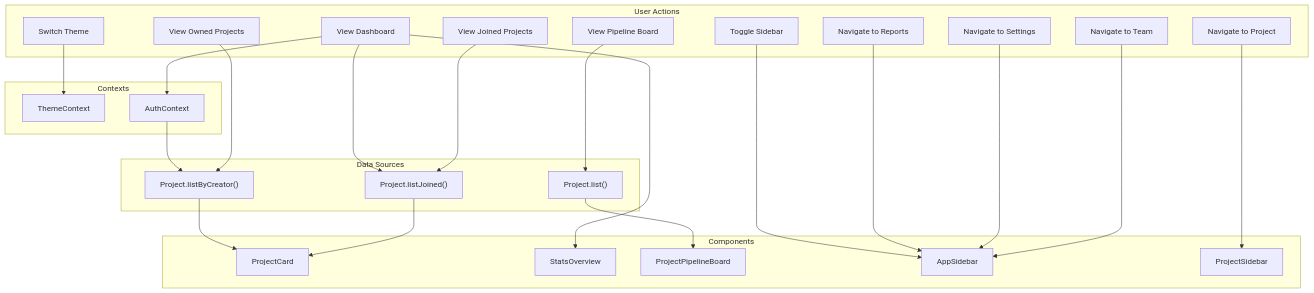
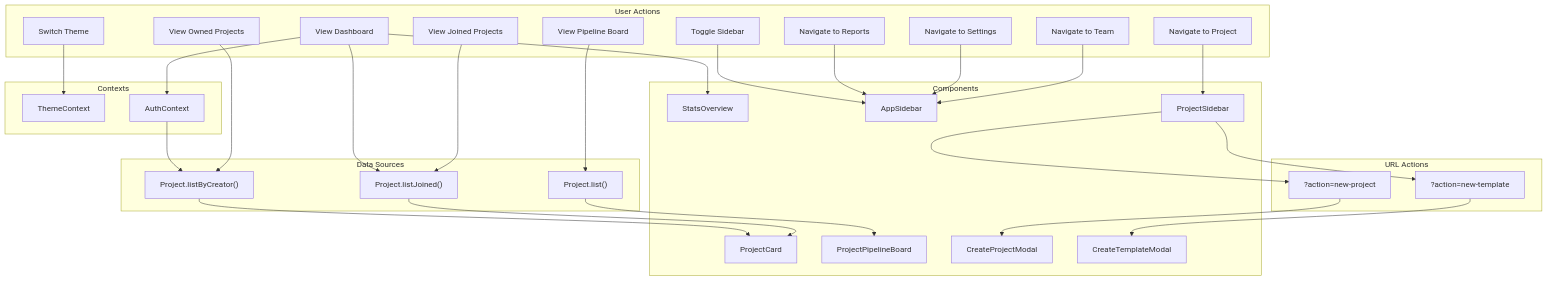
One commit to JoelA510/PlanterPlan-Alpha changed the seventh of 10 diagrams in docs/PROJECT_MIND_MAP.md. Above: the diagram before and after it, drawn with Mermaid. The commit also changed other lines of this file, not shown here.

Commit message:
docs: update mind map with Template System and recent schema hardening

````diff
--- a/docs/PROJECT_MIND_MAP.md
+++ b/docs/PROJECT_MIND_MAP.md
@@ -494,47 +502,57 @@
 ```mermaid
 flowchart TD
     subgraph "User Actions"
         D1[View Dashboard]
         D2[View Owned Projects]
         D3[View Joined Projects]
         D4[View Pipeline Board]
         D5[Toggle Sidebar]
         D6[Switch Theme]
         D7[Navigate to Project]
         D8[Navigate to Reports]
         D9[Navigate to Settings]
         D10[Navigate to Team]
     end
 
     subgraph "Data Sources"
         PS3["Project.listByCreator()"]
         PS4["Project.listJoined()"]
         PS5["Project.list()"]
     end
 
     subgraph "Contexts"
         TC[ThemeContext]
         AC2[AuthContext]
     end
 
     subgraph "Components"
         PC2[ProjectCard]
         SO[StatsOverview]
         PPB[ProjectPipelineBoard]
         AS[AppSidebar]
         PS6[ProjectSidebar]
+        MD_PROJ[CreateProjectModal]
+        MD_TMP[CreateTemplateModal]
     end
 
     D1 --> AC2 --> PS3 --> PC2
     D1 --> PS4 --> PC2
     D2 --> PS3
     D3 --> PS4
     D4 --> PS5 --> PPB
 
     D5 --> AS
     D6 --> TC
     D7 --> PS6
     D1 --> SO
 
     D8 & D9 & D10 --> AS
+
+    subgraph "URL Actions"
+        URL_NEW_PROJ["?action=new-project"]
+        URL_NEW_TMP["?action=new-template"]
+    end
+
+    PS6 --> URL_NEW_PROJ --> MD_PROJ
+    PS6 --> URL_NEW_TMP --> MD_TMP
 ```
````
